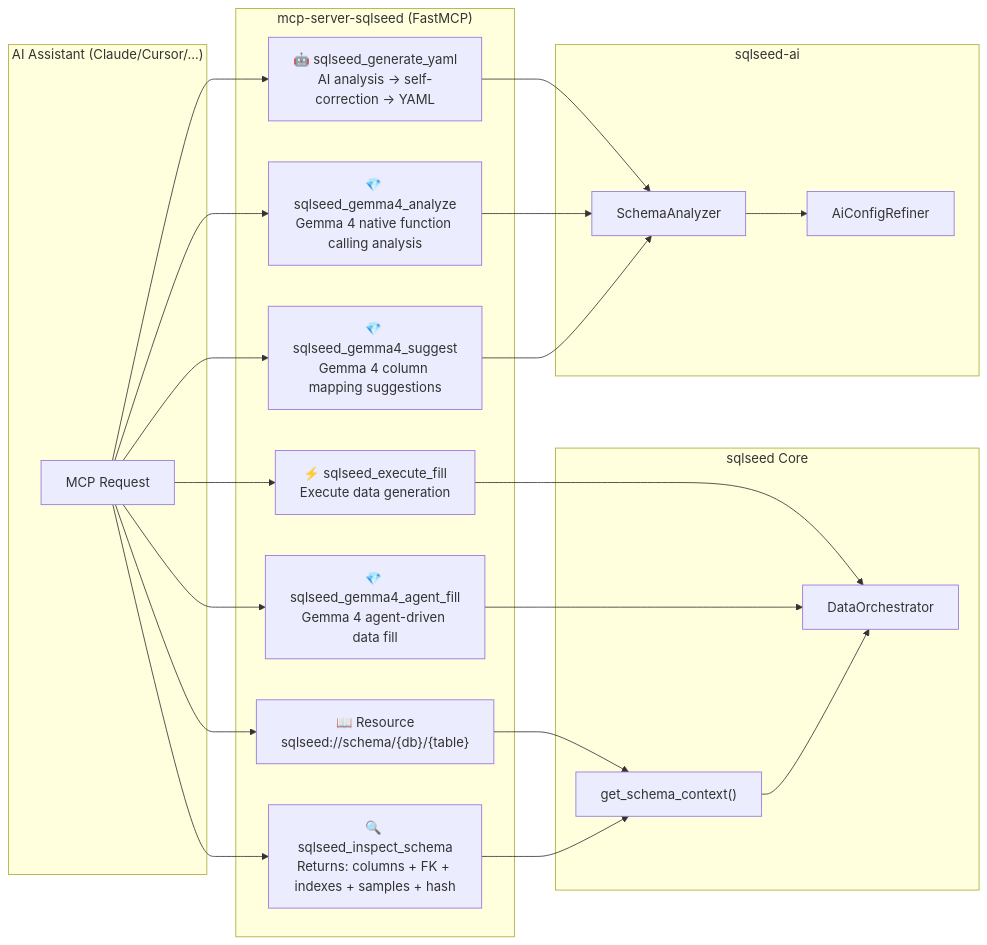
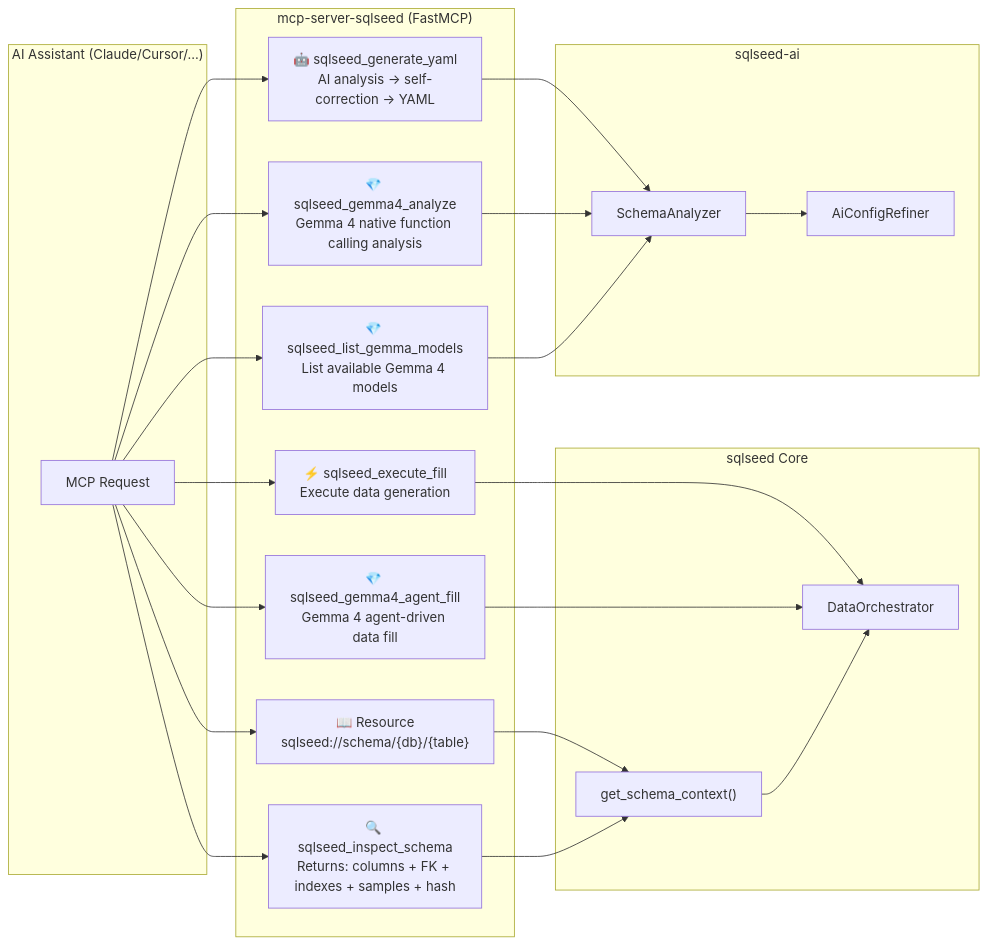
The tenth of 11 diagrams in docs/architecture.md (sunbos/sqlseed), drawn with Mermaid before and after one commit. The commit also changed other lines of this file and 6 other files, not shown here.

````diff
--- a/docs/architecture.md
+++ b/docs/architecture.md
@@ -626,44 +627,44 @@
 ```mermaid
 flowchart LR
     subgraph Client["AI Assistant (Claude/Cursor/...)"]
         Request["MCP Request"]
     end
 
     subgraph MCPServer["mcp-server-sqlseed (FastMCP)"]
         Resource["📖 Resource<br/>sqlseed://schema/{db}/{table}"]
         Tool1["🔍 sqlseed_inspect_schema<br/>Returns: columns + FK + indexes + samples + hash"]
         Tool2["🤖 sqlseed_generate_yaml<br/>AI analysis → self-correction → YAML"]
         Tool3["⚡ sqlseed_execute_fill<br/>Execute data generation"]
         Tool4["💎 sqlseed_gemma4_analyze<br/>Gemma 4 native function calling analysis"]
         Tool5["💎 sqlseed_gemma4_agent_fill<br/>Gemma 4 agent-driven data fill"]
-        Tool6["💎 sqlseed_gemma4_suggest<br/>Gemma 4 column mapping suggestions"]
+        Tool6["💎 sqlseed_list_gemma_models<br/>List available Gemma 4 models"]
     end
 
     subgraph SQLSeed["sqlseed Core"]
         Orchestrator["DataOrchestrator"]
         SchemaCtx["get_schema_context()"]
     end
 
     subgraph AIPlugin["sqlseed-ai"]
         SA["SchemaAnalyzer"]
         ACR["AiConfigRefiner"]
     end
 
     Request --> Resource
     Request --> Tool1
     Request --> Tool2
     Request --> Tool3
     Request --> Tool4
     Request --> Tool5
     Request --> Tool6
 
     Resource --> SchemaCtx
     Tool1 --> SchemaCtx
     Tool2 --> SA --> ACR
     Tool3 --> Orchestrator
     Tool4 --> SA
     Tool5 --> Orchestrator
     Tool6 --> SA
 
     SchemaCtx --> Orchestrator
 ```
````
